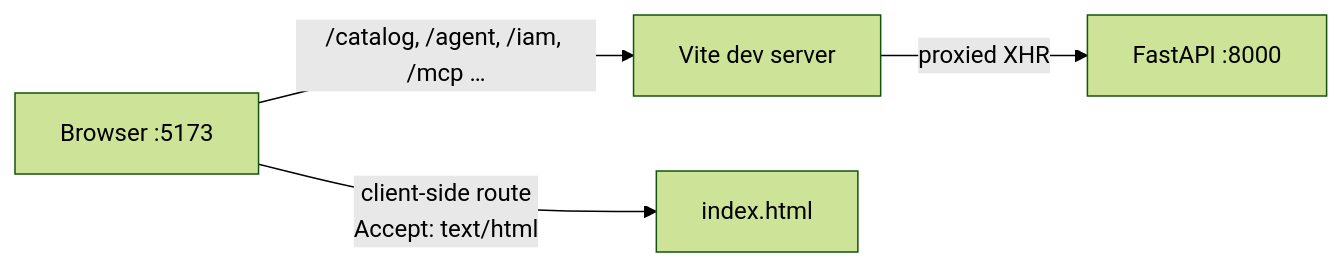
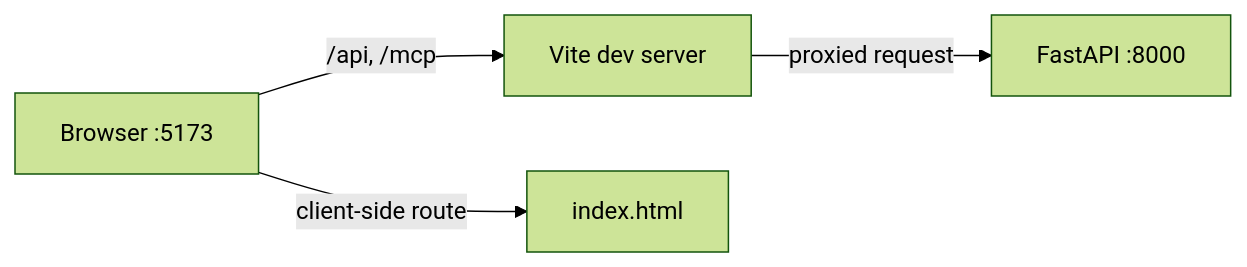
The diagram in docs/guides/run-the-frontend.md (liang-guang-jun/etlalchemy), drawn with Mermaid (forest theme) before and after one commit. The commit also changed other lines of this file and 58 other files, not shown here.

````diff
--- a/docs/guides/run-the-frontend.md
+++ b/docs/guides/run-the-frontend.md
@@ -15,6 +15,6 @@
 ```mermaid
 flowchart LR
-    b["Browser :5173"] -->|"/catalog, /agent, /iam, /mcp …"| v["Vite dev server"]
-    b -->|"client-side route<br/>Accept: text/html"| idx["index.html"]
-    v -->|"proxied XHR"| api["FastAPI :8000"]
+    b["Browser :5173"] -->|"/api, /mcp"| v["Vite dev server"]
+    b -->|"client-side route"| idx["index.html"]
+    v -->|"proxied request"| api["FastAPI :8000"]
 ```
````
